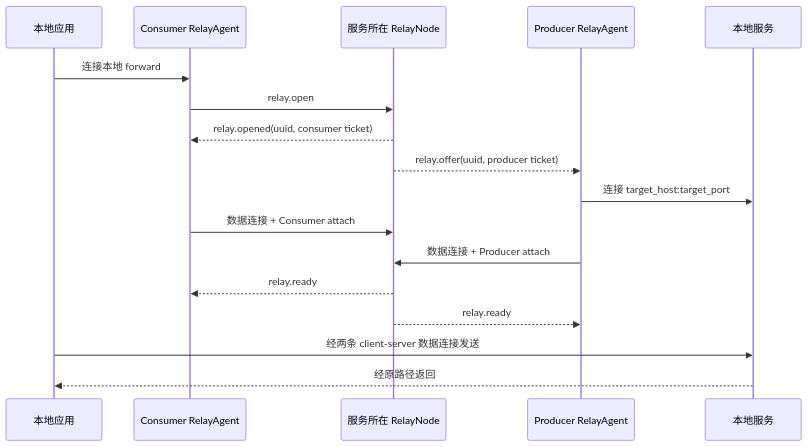
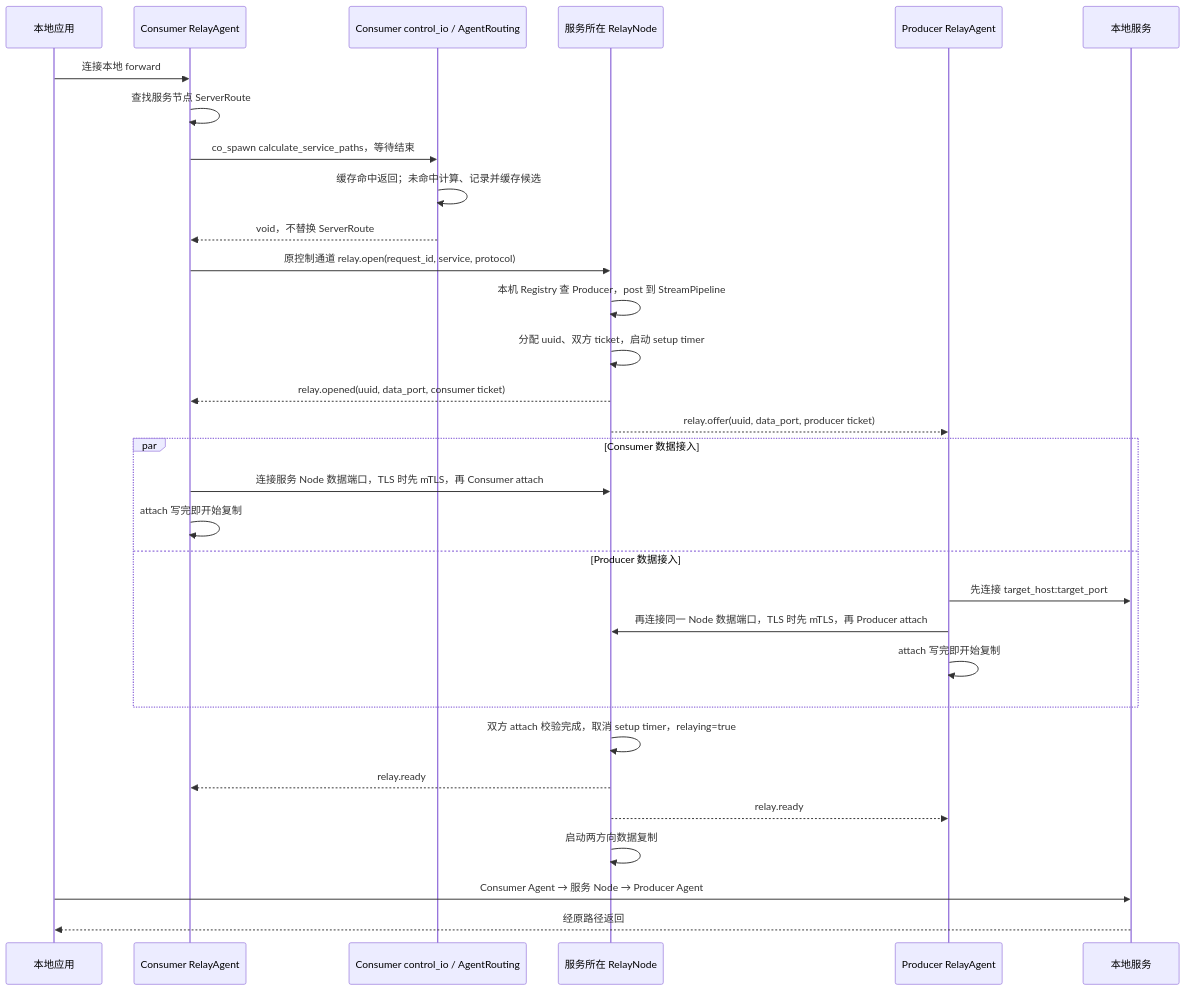
Before and after one commit to Xtinc/relayweave: the tenth of 14 diagrams in docs/RelayWeave设计.md, drawn with Mermaid. The commit also changed other lines of this file and 46 other files, not shown here.

Commit message:
feat(node): add shared links and simplify path flow coordination

````diff
--- a/docs/RelayWeave设计.md
+++ b/docs/RelayWeave设计.md
@@ -1267,20 +1321,34 @@
 ```mermaid
 sequenceDiagram
     participant U as 本地应用
     participant C as Consumer RelayAgent
+    participant R as Consumer control_io / AgentRouting
     participant S as 服务所在 RelayNode
     participant P as Producer RelayAgent
     participant T as 本地服务
 
     U->>C: 连接本地 forward
-    C->>S: relay.open
-    S-->>C: relay.opened(uuid, consumer ticket)
-    S-->>P: relay.offer(uuid, producer ticket)
-    P->>T: 连接 target_host:target_port
-    C->>S: 数据连接 + Consumer attach
-    P->>S: 数据连接 + Producer attach
+    C->>C: 查找服务节点 ServerRoute
+    C->>R: co_spawn calculate_service_paths，等待结束
+    R->>R: 缓存命中返回；未命中计算、记录并缓存候选
+    R-->>C: void，不替换 ServerRoute
+    C->>S: 原控制通道 relay.open(request_id, service, protocol)
+    S->>S: 本机 Registry 查 Producer，post 到 StreamPipeline
+    S->>S: 分配 uuid、双方 ticket，启动 setup timer
+    S-->>C: relay.opened(uuid, data_port, consumer ticket)
+    S-->>P: relay.offer(uuid, data_port, producer ticket)
+    par Consumer 数据接入
+        C->>S: 连接服务 Node 数据端口，TLS 时先 mTLS，再 Consumer attach
+        C->>C: attach 写完即开始复制
+    and Producer 数据接入
+        P->>T: 先连接 target_host:target_port
+        P->>S: 再连接同一 Node 数据端口，TLS 时先 mTLS，再 Producer attach
+        P->>P: attach 写完即开始复制
+    end
+    S->>S: 双方 attach 校验完成，取消 setup timer，relaying=true
     S-->>C: relay.ready
     S-->>P: relay.ready
-    U->>T: 经两条 client-server 数据连接发送
+    S->>S: 启动两方向数据复制
+    U->>T: Consumer Agent → 服务 Node → Producer Agent
     T-->>U: 经原路径返回
 ```
````
